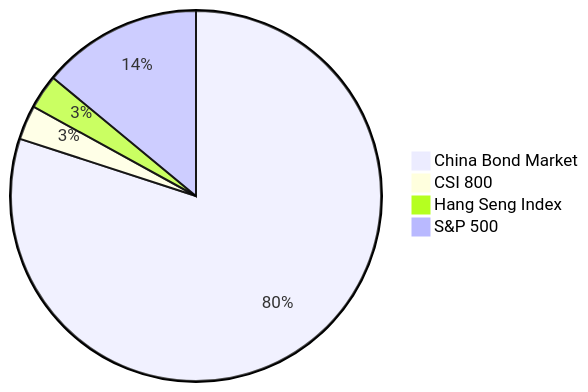
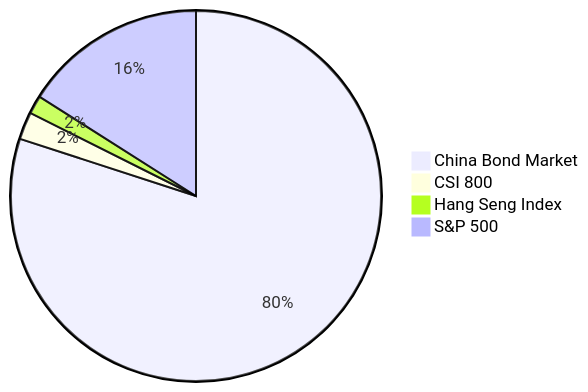
Before and after one commit to low-earth-orbit/notes: the first of 5 diagrams in chinese-couch-potato.md, drawn with Mermaid. The commit also changed other lines of this file, not shown here.

````diff
--- a/chinese-couch-potato.md
+++ b/chinese-couch-potato.md
@@ -125,7 +125,7 @@
 ```mermaid
 pie
 "China Bond Market" : 80
-"CSI 800": 3
-"Hang Seng Index" : 3
-"S&P 500" : 14
+"CSI 800": 2.4
+"Hang Seng Index" : 1.6
+"S&P 500" : 16
 ```
````
